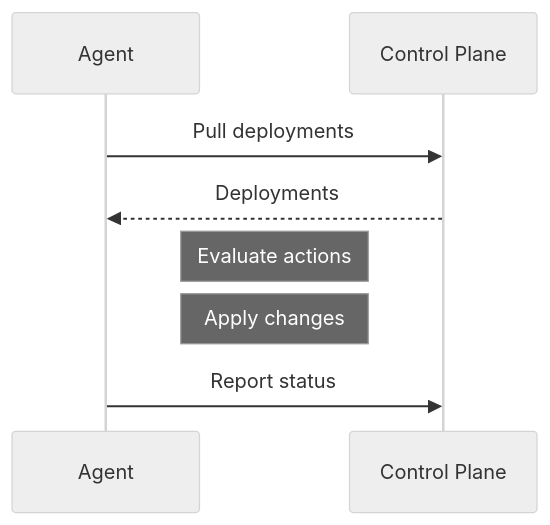
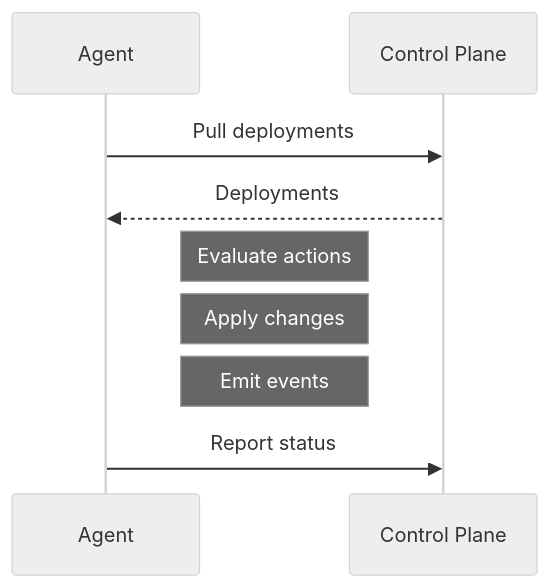
Before and after one commit to mirurobotics/docs: the second of 4 diagrams in docs/developers/agent/architecture.mdx, drawn with Mermaid (neutral theme). The commit also changed other lines of this file and 4 other files, not shown here.

````diff
--- a/docs/developers/agent/architecture.mdx
+++ b/docs/developers/agent/architecture.mdx
@@ -48,12 +49,13 @@
 ```mermaid
 %%{init: {'sequence': {'actorMargin': 120, 'diagramMarginX': 60, 'messageMargin': 45}}}%%
 sequenceDiagram
     participant A as Agent
     participant S as Control Plane
 
     A->>S: Pull deployments
     S-->>A: Deployments
     Note right of A: Evaluate actions
     Note right of A: Apply changes
+    Note right of A: Emit events
     A->>S: Report status
 ```
````
